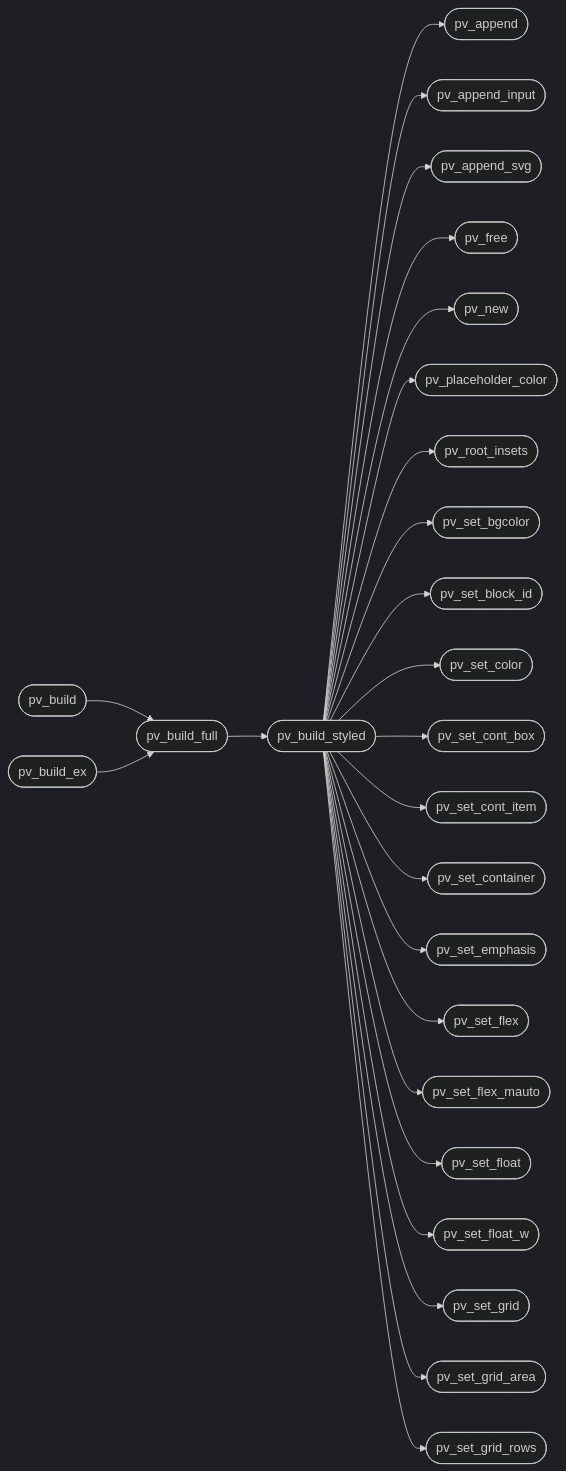
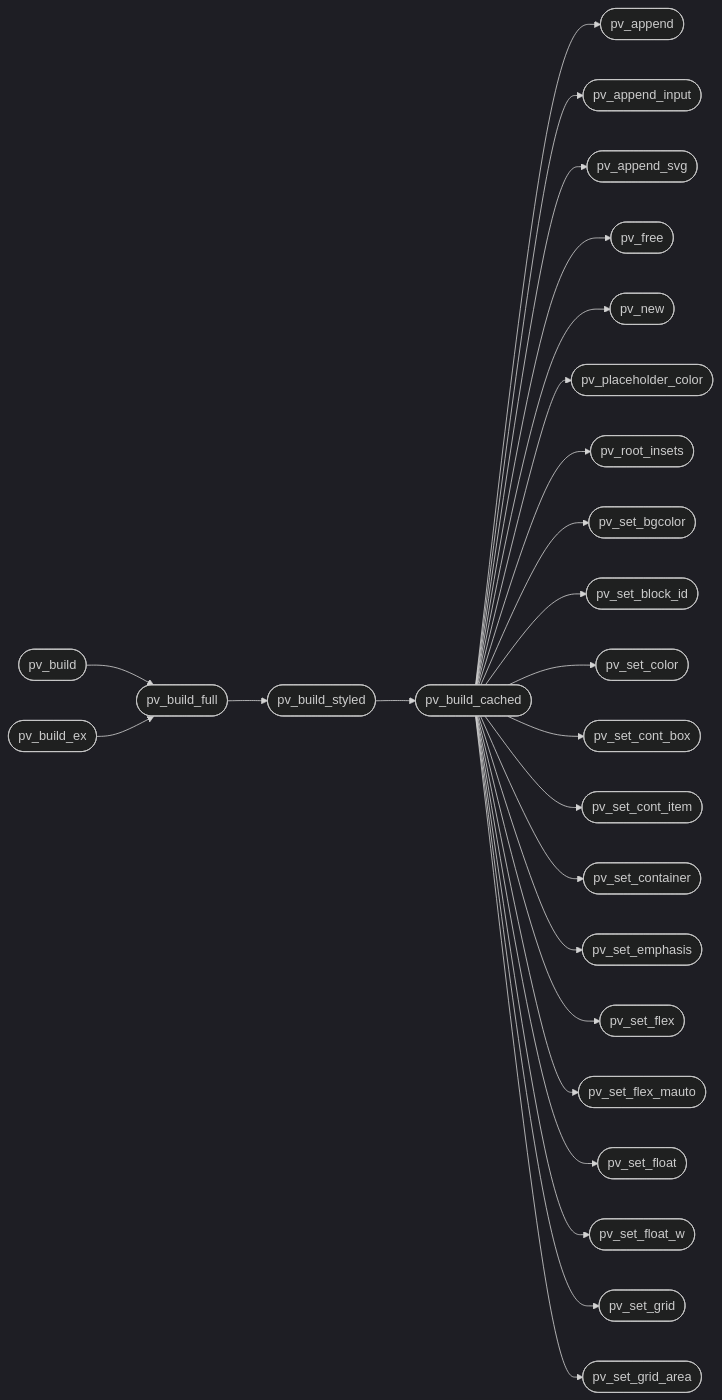
The second of 2 diagrams in readmenator-apidocs/modules/src.page_view.c.md (grisuno/FreeDom), drawn with Mermaid (dark theme) before and after one commit. The commit also changed other lines of this file and 221 other files, not shown here.

````diff
--- a/readmenator-apidocs/modules/src.page_view.c.md
+++ b/readmenator-apidocs/modules/src.page_view.c.md
@@ -68,52 +68,52 @@
 ```mermaid
 flowchart LR
     n_src_page_view_c__pv_build(["pv_build"])
     n_src_page_view_c__pv_build_full(["pv_build_full"])
     n_src_page_view_c__pv_build_ex(["pv_build_ex"])
     n_src_page_view_c__pv_build_styled(["pv_build_styled"])
+    n_src_page_view_c__pv_build_cached(["pv_build_cached"])
     n_src_page_view_c__pv_append(["pv_append"])
     n_src_page_view_c__pv_append_input(["pv_append_input"])
     n_src_page_view_c__pv_append_svg(["pv_append_svg"])
     n_src_page_view_c__pv_free(["pv_free"])
     n_src_page_view_c__pv_new(["pv_new"])
     n_src_page_view_c__pv_placeholder_color(["pv_placeholder_color"])
     n_src_page_view_c__pv_root_insets(["pv_root_insets"])
     n_src_page_view_c__pv_set_bgcolor(["pv_set_bgcolor"])
     n_src_page_view_c__pv_set_block_id(["pv_set_block_id"])
     n_src_page_view_c__pv_set_color(["pv_set_color"])
     n_src_page_view_c__pv_set_cont_box(["pv_set_cont_box"])
     n_src_page_view_c__pv_set_cont_item(["pv_set_cont_item"])
     n_src_page_view_c__pv_set_container(["pv_set_container"])
     n_src_page_view_c__pv_set_emphasis(["pv_set_emphasis"])
     n_src_page_view_c__pv_set_flex(["pv_set_flex"])
     n_src_page_view_c__pv_set_flex_mauto(["pv_set_flex_mauto"])
     n_src_page_view_c__pv_set_float(["pv_set_float"])
     n_src_page_view_c__pv_set_float_w(["pv_set_float_w"])
     n_src_page_view_c__pv_set_grid(["pv_set_grid"])
     n_src_page_view_c__pv_set_grid_area(["pv_set_grid_area"])
-    n_src_page_view_c__pv_set_grid_rows(["pv_set_grid_rows"])
     n_src_page_view_c__pv_build --> n_src_page_view_c__pv_build_full
     n_src_page_view_c__pv_build_ex --> n_src_page_view_c__pv_build_full
     n_src_page_view_c__pv_build_full --> n_src_page_view_c__pv_build_styled
-    n_src_page_view_c__pv_build_styled --> n_src_page_view_c__pv_append
-    n_src_page_view_c__pv_build_styled --> n_src_page_view_c__pv_append_input
-    n_src_page_view_c__pv_build_styled --> n_src_page_view_c__pv_append_svg
-    n_src_page_view_c__pv_build_styled --> n_src_page_view_c__pv_free
-    n_src_page_view_c__pv_build_styled --> n_src_page_view_c__pv_new
-    n_src_page_view_c__pv_build_styled --> n_src_page_view_c__pv_placeholder_color
-    n_src_page_view_c__pv_build_styled --> n_src_page_view_c__pv_root_insets
-    n_src_page_view_c__pv_build_styled --> n_src_page_view_c__pv_set_bgcolor
-    n_src_page_view_c__pv_build_styled --> n_src_page_view_c__pv_set_block_id
-    n_src_page_view_c__pv_build_styled --> n_src_page_view_c__pv_set_color
-    n_src_page_view_c__pv_build_styled --> n_src_page_view_c__pv_set_cont_box
-    n_src_page_view_c__pv_build_styled --> n_src_page_view_c__pv_set_cont_item
-    n_src_page_view_c__pv_build_styled --> n_src_page_view_c__pv_set_container
-    n_src_page_view_c__pv_build_styled --> n_src_page_view_c__pv_set_emphasis
-    n_src_page_view_c__pv_build_styled --> n_src_page_view_c__pv_set_flex
-    n_src_page_view_c__pv_build_styled --> n_src_page_view_c__pv_set_flex_mauto
-    n_src_page_view_c__pv_build_styled --> n_src_page_view_c__pv_set_float
-    n_src_page_view_c__pv_build_styled --> n_src_page_view_c__pv_set_float_w
-    n_src_page_view_c__pv_build_styled --> n_src_page_view_c__pv_set_grid
-    n_src_page_view_c__pv_build_styled --> n_src_page_view_c__pv_set_grid_area
-    n_src_page_view_c__pv_build_styled --> n_src_page_view_c__pv_set_grid_rows
+    n_src_page_view_c__pv_build_styled --> n_src_page_view_c__pv_build_cached
+    n_src_page_view_c__pv_build_cached --> n_src_page_view_c__pv_append
+    n_src_page_view_c__pv_build_cached --> n_src_page_view_c__pv_append_input
+    n_src_page_view_c__pv_build_cached --> n_src_page_view_c__pv_append_svg
+    n_src_page_view_c__pv_build_cached --> n_src_page_view_c__pv_free
+    n_src_page_view_c__pv_build_cached --> n_src_page_view_c__pv_new
+    n_src_page_view_c__pv_build_cached --> n_src_page_view_c__pv_placeholder_color
+    n_src_page_view_c__pv_build_cached --> n_src_page_view_c__pv_root_insets
+    n_src_page_view_c__pv_build_cached --> n_src_page_view_c__pv_set_bgcolor
+    n_src_page_view_c__pv_build_cached --> n_src_page_view_c__pv_set_block_id
+    n_src_page_view_c__pv_build_cached --> n_src_page_view_c__pv_set_color
+    n_src_page_view_c__pv_build_cached --> n_src_page_view_c__pv_set_cont_box
+    n_src_page_view_c__pv_build_cached --> n_src_page_view_c__pv_set_cont_item
+    n_src_page_view_c__pv_build_cached --> n_src_page_view_c__pv_set_container
+    n_src_page_view_c__pv_build_cached --> n_src_page_view_c__pv_set_emphasis
+    n_src_page_view_c__pv_build_cached --> n_src_page_view_c__pv_set_flex
+    n_src_page_view_c__pv_build_cached --> n_src_page_view_c__pv_set_flex_mauto
+    n_src_page_view_c__pv_build_cached --> n_src_page_view_c__pv_set_float
+    n_src_page_view_c__pv_build_cached --> n_src_page_view_c__pv_set_float_w
+    n_src_page_view_c__pv_build_cached --> n_src_page_view_c__pv_set_grid
+    n_src_page_view_c__pv_build_cached --> n_src_page_view_c__pv_set_grid_area
 ```
````
